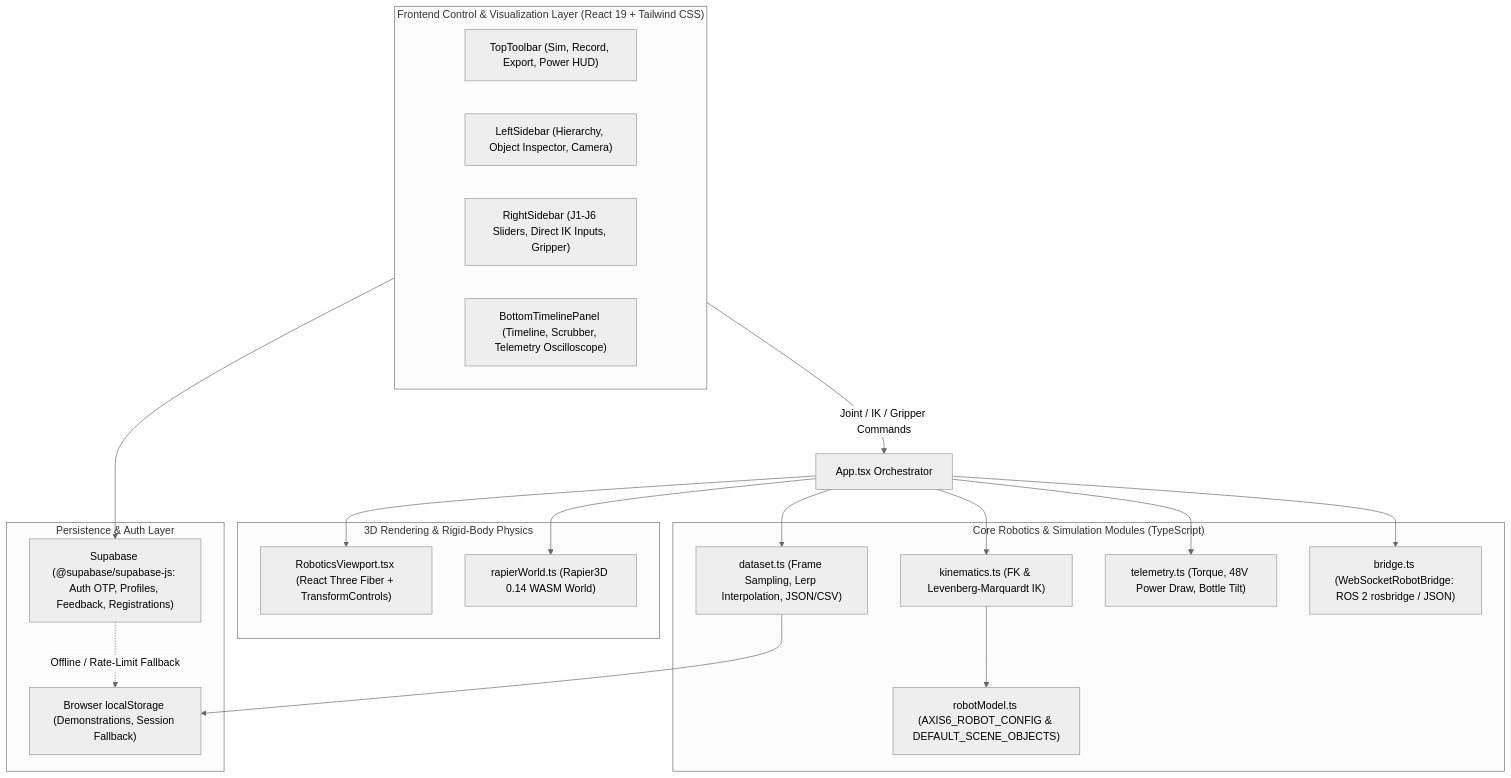
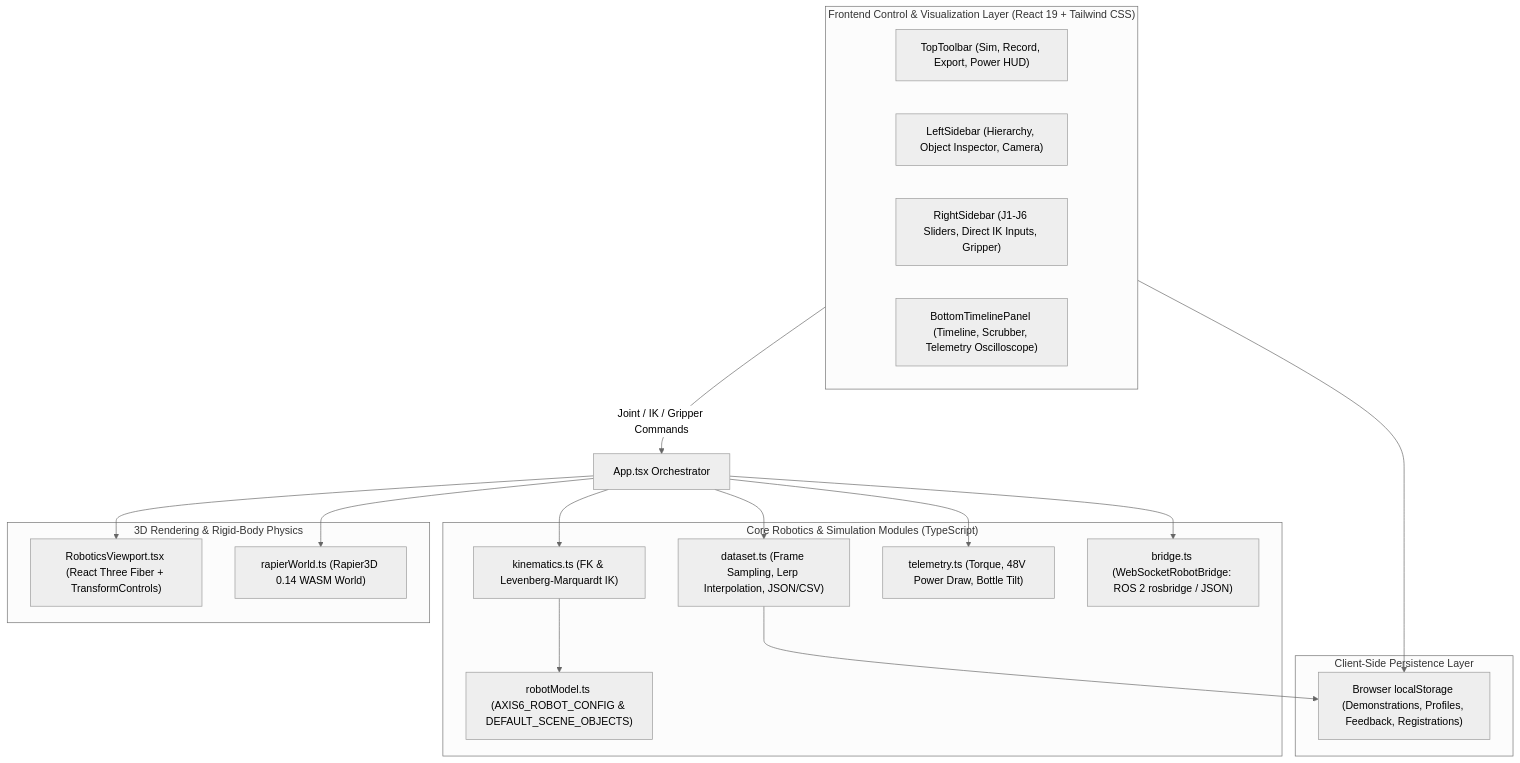
The first of 4 diagrams in README.md (madiwka1/Robot-ARM-Real-Physics-Based-Sim-), drawn with Mermaid (neutral theme) before and after one commit. The commit also changed other lines of this file, not shown here.

````diff
--- a/README.md
+++ b/README.md
@@ -106,39 +106,37 @@
 ```mermaid
 flowchart TB
     subgraph UI["Frontend Control & Visualization Layer (React 19 + Tailwind CSS)"]
         TB["TopToolbar (Sim, Record, Export, Power HUD)"]
         LS["LeftSidebar (Hierarchy, Object Inspector, Camera)"]
         RS["RightSidebar (J1-J6 Sliders, Direct IK Inputs, Gripper)"]
         BT["BottomTimelinePanel (Timeline, Scrubber, Telemetry Oscilloscope)"]
     end
 
     subgraph Core["Core Robotics & Simulation Modules (TypeScript)"]
         KM["kinematics.ts (FK & Levenberg-Marquardt IK)"]
         RM["robotModel.ts (AXIS6_ROBOT_CONFIG & DEFAULT_SCENE_OBJECTS)"]
         DS["dataset.ts (Frame Sampling, Lerp Interpolation, JSON/CSV)"]
         TM["telemetry.ts (Torque, 48V Power Draw, Bottle Tilt)"]
         BR["bridge.ts (WebSocketRobotBridge: ROS 2 rosbridge / JSON)"]
     end
 
     subgraph Engines["3D Rendering & Rigid-Body Physics"]
         R3F["RoboticsViewport.tsx (React Three Fiber + TransformControls)"]
         RAP["rapierWorld.ts (Rapier3D 0.14 WASM World)"]
     end
 
-    subgraph Storage["Persistence & Auth Layer"]
-        LSDB["Browser localStorage (Demonstrations, Session Fallback)"]
-        SB["Supabase (@supabase/supabase-js: Auth OTP, Profiles, Feedback, Registrations)"]
+    subgraph Storage["Client-Side Persistence Layer"]
+        LSDB["Browser localStorage (Demonstrations, Profiles, Feedback, Registrations)"]
     end
 
     UI -->|"Joint / IK / Gripper Commands"| AppState["App.tsx Orchestrator"]
     AppState --> KM
     KM --> RM
     AppState --> DS
     AppState --> TM
     AppState --> R3F
     AppState --> RAP
     AppState --> BR
     DS --> LSDB
-    UI --> SB
-    SB -.->|"Offline / Rate-Limit Fallback"| LSDB
+    UI --> LSDB
 ```
````
